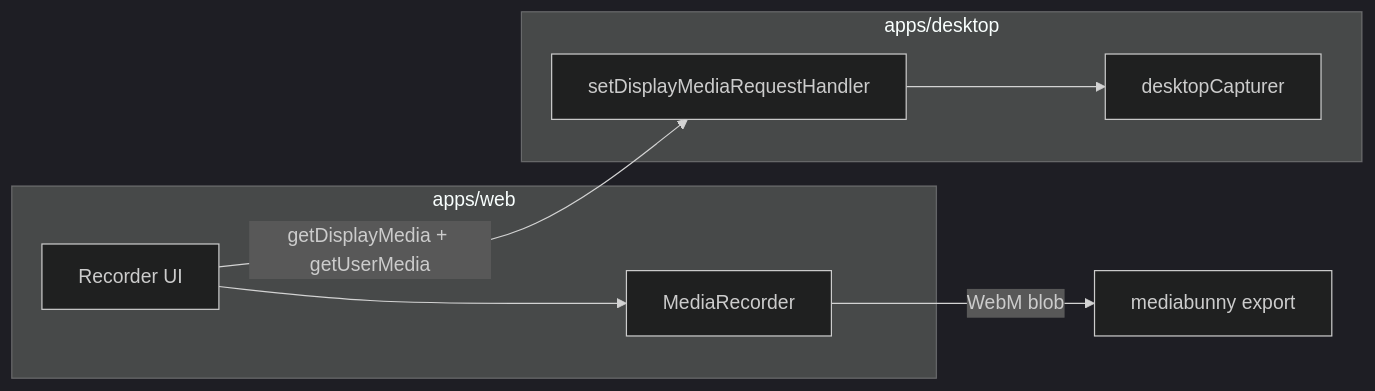
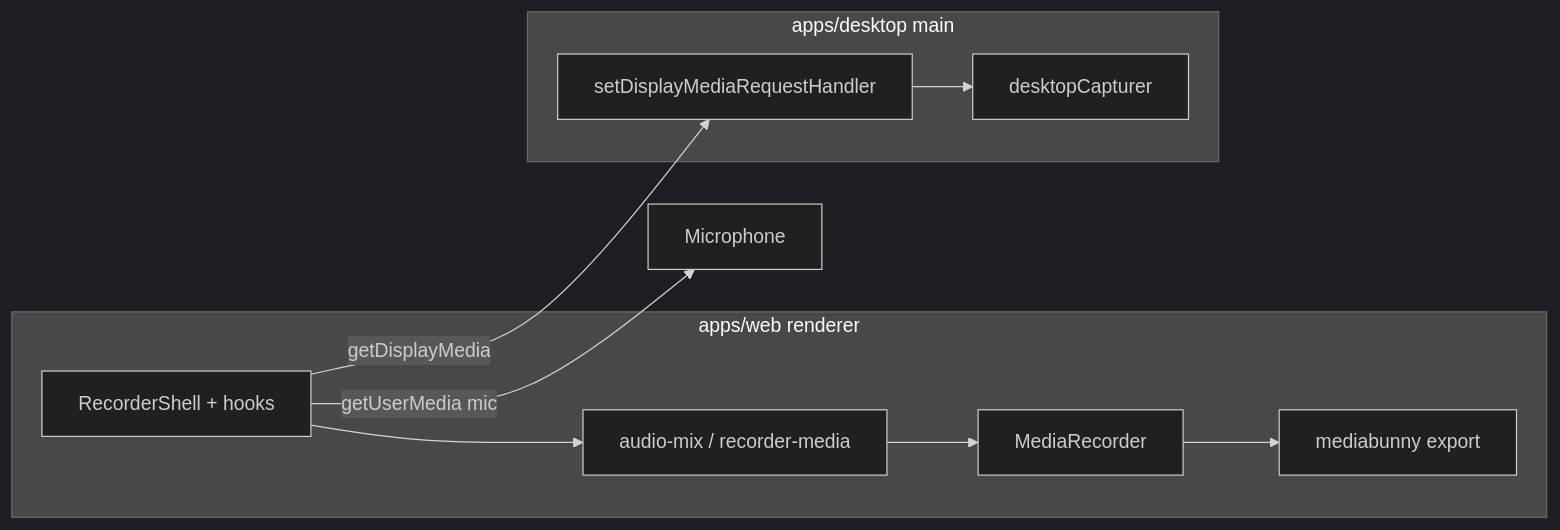
The second of 2 diagrams in README.md (pranavgoel29/ceer), drawn with Mermaid (dark theme) before and after one commit. The commit also changed other lines of this file, not shown here.

````diff
--- a/README.md
+++ b/README.md
@@ -174,15 +119,19 @@
 ```mermaid
 flowchart LR
-  subgraph renderer [apps/web]
-    UI[Recorder UI]
+  subgraph renderer [apps/web renderer]
+    UI[RecorderShell + hooks]
+    Mix[audio-mix / recorder-media]
     MR[MediaRecorder]
-    UI --> MR
+    UI --> Mix --> MR
+    MR --> Export[mediabunny export]
   end
-  subgraph main [apps/desktop]
+
+  subgraph main [apps/desktop main]
     DM[setDisplayMediaRequestHandler]
     DC[desktopCapturer]
     DM --> DC
   end
-  UI -->|getDisplayMedia + getUserMedia| DM
-  MR -->|WebM blob| Export[mediabunny export]
+
+  UI -->|getDisplayMedia| DM
+  UI -->|getUserMedia mic| Mic[Microphone]
 ```
````
